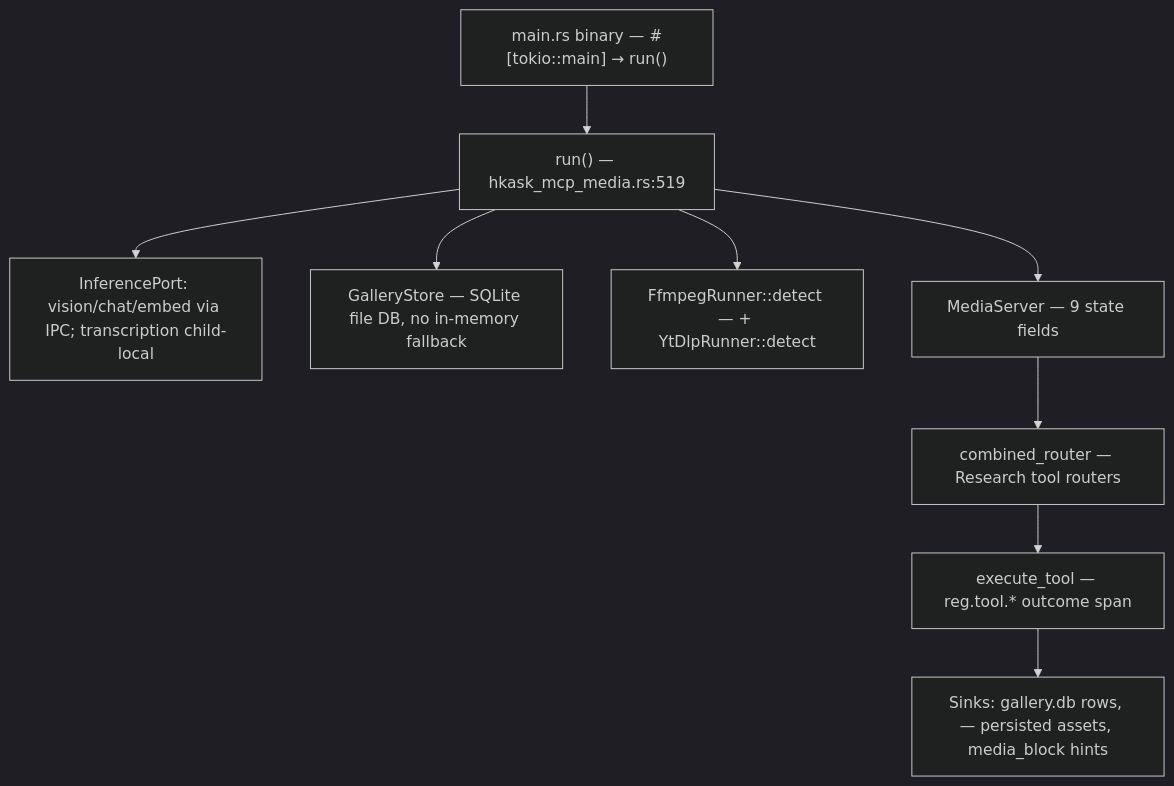
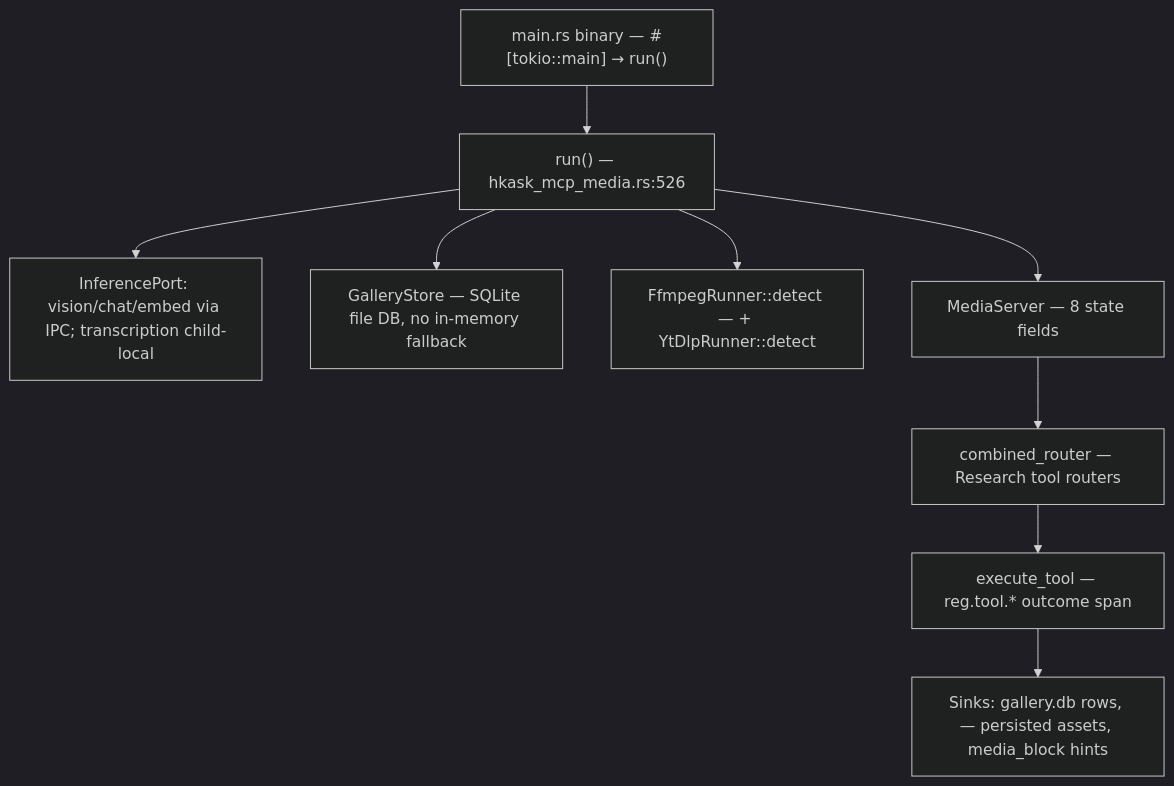
Before and after one commit to mdz-axo/zed-kask: the first of 3 diagrams in kask/docs/reference/mcp-servers/media.md, drawn with Mermaid (dark theme). The commit also changed other lines of this file and 9 other files, not shown here.

````diff
--- a/kask/docs/reference/mcp-servers/media.md
+++ b/kask/docs/reference/mcp-servers/media.md
@@ -31,21 +31,21 @@
 ```mermaid
 flowchart TD
     binary["main.rs binary — #[tokio::main] → run()"]
-    run["run() — hkask_mcp_media.rs:519"]
+    run["run() — hkask_mcp_media.rs:526"]
     port["InferencePort: vision/chat/embed via IPC; transcription child-local"]
     db["GalleryStore — SQLite file DB, no in-memory fallback"]
     ffmpeg["FfmpegRunner::detect — + YtDlpRunner::detect"]
-    server["MediaServer — 9 state fields"]
+    server["MediaServer — 8 state fields"]
     router["combined_router — Research tool routers"]
     dispatch["execute_tool — reg.tool.* outcome span"]
     sinks["Sinks: gallery.db rows, — persisted assets, media_block hints"]
 
     binary --> run
     run --> port
     run --> db
     run --> ffmpeg
     run --> server
     server --> router
     router --> dispatch
     dispatch --> sinks
 ```
````
